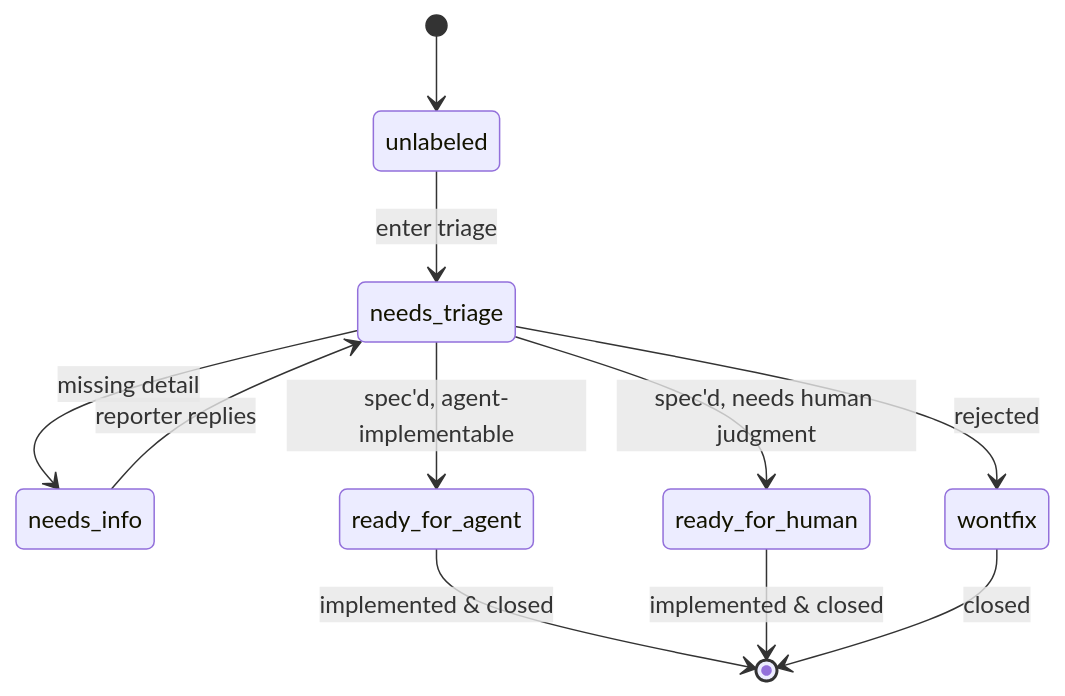
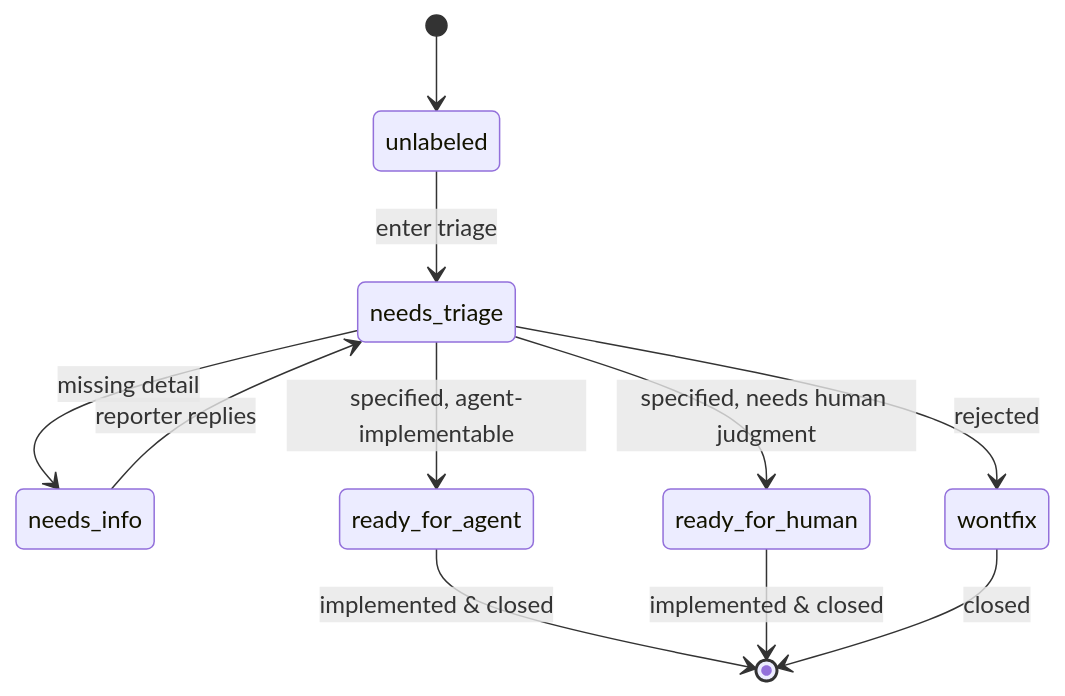
Before and after one commit to kieranpotts/skills: the diagram in skills/triage/SKILL.md, drawn with Mermaid. The commit also changed other lines of this file and 17 other files, not shown here.

````diff
--- a/skills/triage/SKILL.md
+++ b/skills/triage/SKILL.md
@@ -36,13 +36,13 @@
     ```mermaid
     stateDiagram-v2
       [*] --> unlabeled
       unlabeled --> needs_triage: enter triage
       needs_triage --> needs_info: missing detail
       needs_info --> needs_triage: reporter replies
-      needs_triage --> ready_for_agent: spec'd, agent-implementable
-      needs_triage --> ready_for_human: spec'd, needs human judgment
+      needs_triage --> ready_for_agent: specified, agent-implementable
+      needs_triage --> ready_for_human: specified, needs human judgment
       needs_triage --> wontfix: rejected
       ready_for_agent --> [*]: implemented & closed
       ready_for_human --> [*]: implemented & closed
       wontfix --> [*]: closed
     ```
````
